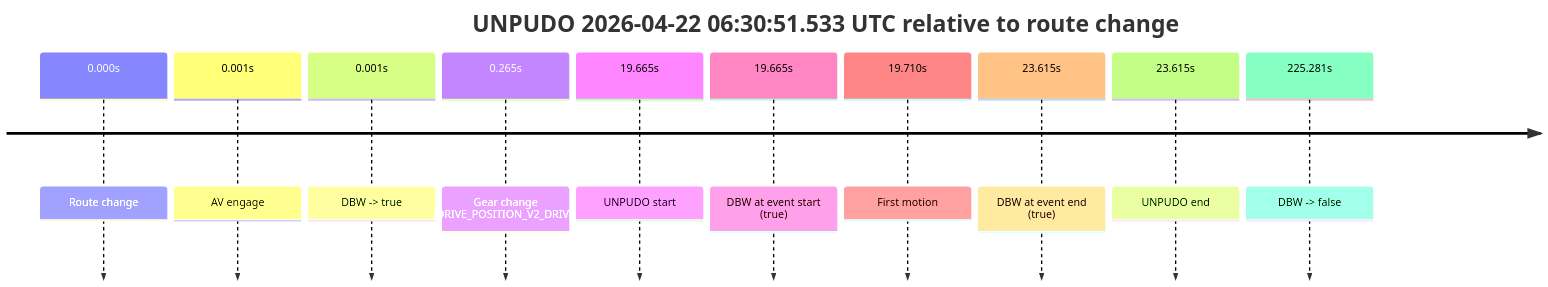
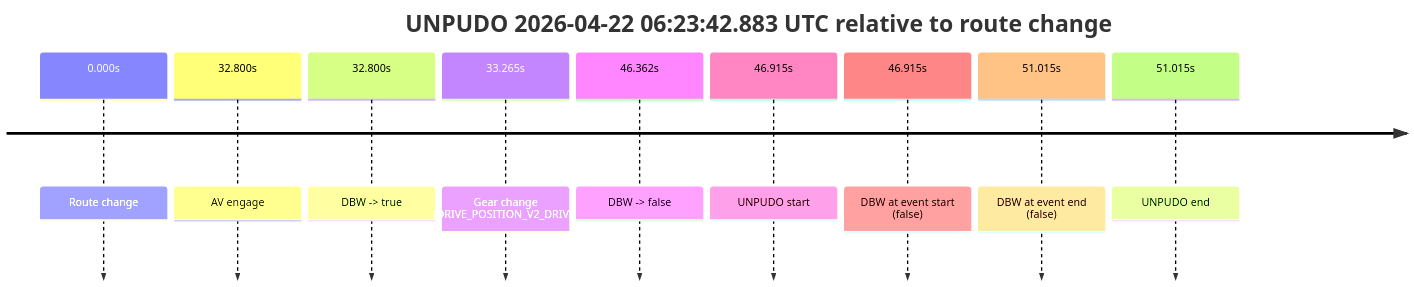
Before and after one commit to yoelshapiro/vault: the third of 3 diagrams in model_analysis/report_cards/2026/04/Week-4/fme20002--2026-04-22--06-13-18--gen2-av-dff8b708-579d-4578-9edb-cf0078124ac3.md, drawn with Mermaid. The commit also changed other lines of this file and 53 other files, not shown here.

````diff
--- a/model_analysis/report_cards/2026/04/Week-4/fme20002--2026-04-22--06-13-18--gen2-av-dff8b708-579d-4578-9edb-cf0078124ac3.md
+++ b/model_analysis/report_cards/2026/04/Week-4/fme20002--2026-04-22--06-13-18--gen2-av-dff8b708-579d-4578-9edb-cf0078124ac3.md
@@ -221,14 +226,13 @@
 ```mermaid
 timeline
-    title UNPUDO 2026-04-22 06:30:51.533 UTC relative to route change
+    title UNPUDO 2026-04-22 06:23:42.883 UTC relative to route change
     0.000s : Route change
-    0.001s : AV engage
-    0.001s : DBW -> true
-    0.265s : Gear change (DRIVE_POSITION_V2_DRIVE)
-    19.665s : UNPUDO start
-    19.665s : DBW at event start (true)
-    19.710s : First motion
-    23.615s : DBW at event end (true)
-    23.615s : UNPUDO end
-    225.281s : DBW -> false
+    32.800s : AV engage
+    32.800s : DBW -> true
+    33.265s : Gear change (DRIVE_POSITION_V2_DRIVE)
+    46.362s : DBW -> false
+    46.915s : UNPUDO start
+    46.915s : DBW at event start (false)
+    51.015s : DBW at event end (false)
+    51.015s : UNPUDO end
 ```
````
